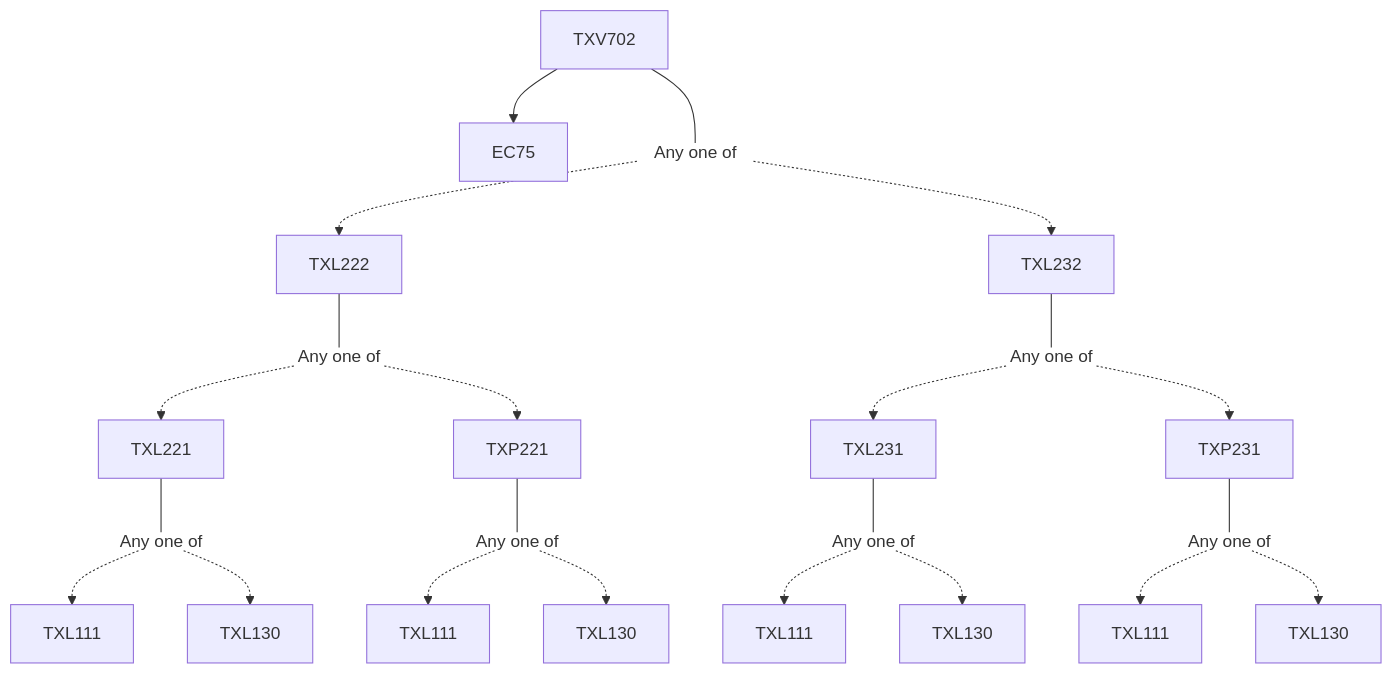
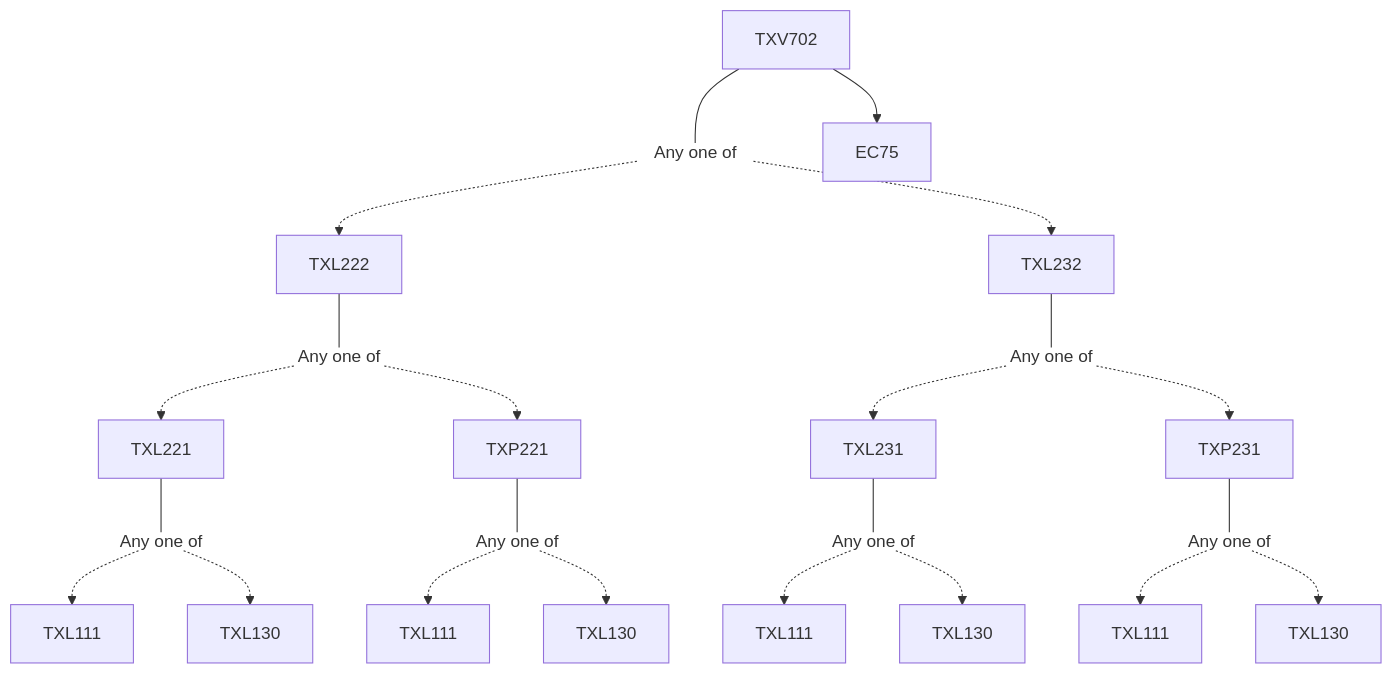
One commit to KeshavBansal0122/CoS_Website changed the diagram in content/Textile and Fibre Engineering/TXV702.md. Above: the diagram before and after it, drawn with Mermaid. The commit also changed other lines of this file and 2667 other files, not shown here.

````diff
--- a/content/Textile and Fibre Engineering/TXV702.md
+++ b/content/Textile and Fibre Engineering/TXV702.md
@@ -15,29 +13,29 @@
 ```mermaid
 flowchart TD
-TXV702-762[TXV702]
-TXV702-762 --> EC75-762[EC75]
-TXV702-762 --- Or763[Any one of]:::empty
-TXL222-764 --- Or765[Any one of]:::empty
-Or765 -.-> TXL221-766[TXL221]
-TXL221-766 --- Or767[Any one of]:::empty
-Or767 -.-> TXL111-768[TXL111]
-Or767 -.-> TXL130-769[TXL130]
-TXP221-770 --- Or771[Any one of]:::empty
-Or771 -.-> TXL111-772[TXL111]
-Or771 -.-> TXL130-773[TXL130]
-Or765 -.-> TXP221-770[TXP221]
-Or763 -.-> TXL222-764[TXL222]
-TXL232-774 --- Or775[Any one of]:::empty
-Or775 -.-> TXL231-776[TXL231]
-TXL231-776 --- Or777[Any one of]:::empty
-Or777 -.-> TXL111-778[TXL111]
-Or777 -.-> TXL130-779[TXL130]
-Or775 -.-> TXP231-780[TXP231]
-TXP231-780 --- Or781[Any one of]:::empty
-Or781 -.-> TXL111-782[TXL111]
-Or781 -.-> TXL130-783[TXL130]
-Or763 -.-> TXL232-774[TXL232]
+TXV702-1996[TXV702]
+TXV702-1996 --- Or1997[Any one of]:::empty
+TXL222-1998 --- Or1999[Any one of]:::empty
+Or1999 -.-> TXL221-2000[TXL221]
+TXL221-2000 --- Or2001[Any one of]:::empty
+Or2001 -.-> TXL111-2002[TXL111]
+Or2001 -.-> TXL130-2003[TXL130]
+Or1999 -.-> TXP221-2004[TXP221]
+TXP221-2004 --- Or2005[Any one of]:::empty
+Or2005 -.-> TXL111-2006[TXL111]
+Or2005 -.-> TXL130-2007[TXL130]
+Or1997 -.-> TXL222-1998[TXL222]
+TXL232-2008 --- Or2009[Any one of]:::empty
+Or2009 -.-> TXL231-2010[TXL231]
+TXL231-2010 --- Or2011[Any one of]:::empty
+Or2011 -.-> TXL111-2012[TXL111]
+Or2011 -.-> TXL130-2013[TXL130]
+Or2009 -.-> TXP231-2014[TXP231]
+TXP231-2014 --- Or2015[Any one of]:::empty
+Or2015 -.-> TXL111-2016[TXL111]
+Or2015 -.-> TXL130-2017[TXL130]
+Or1997 -.-> TXL232-2008[TXL232]
+TXV702-1996 --> EC75-1996[EC75]
 
 classDef empty height:17px, fill:transparent, stroke:transparent;
 classDef trueEmpty height:0px, width:0px;
 ```
````
